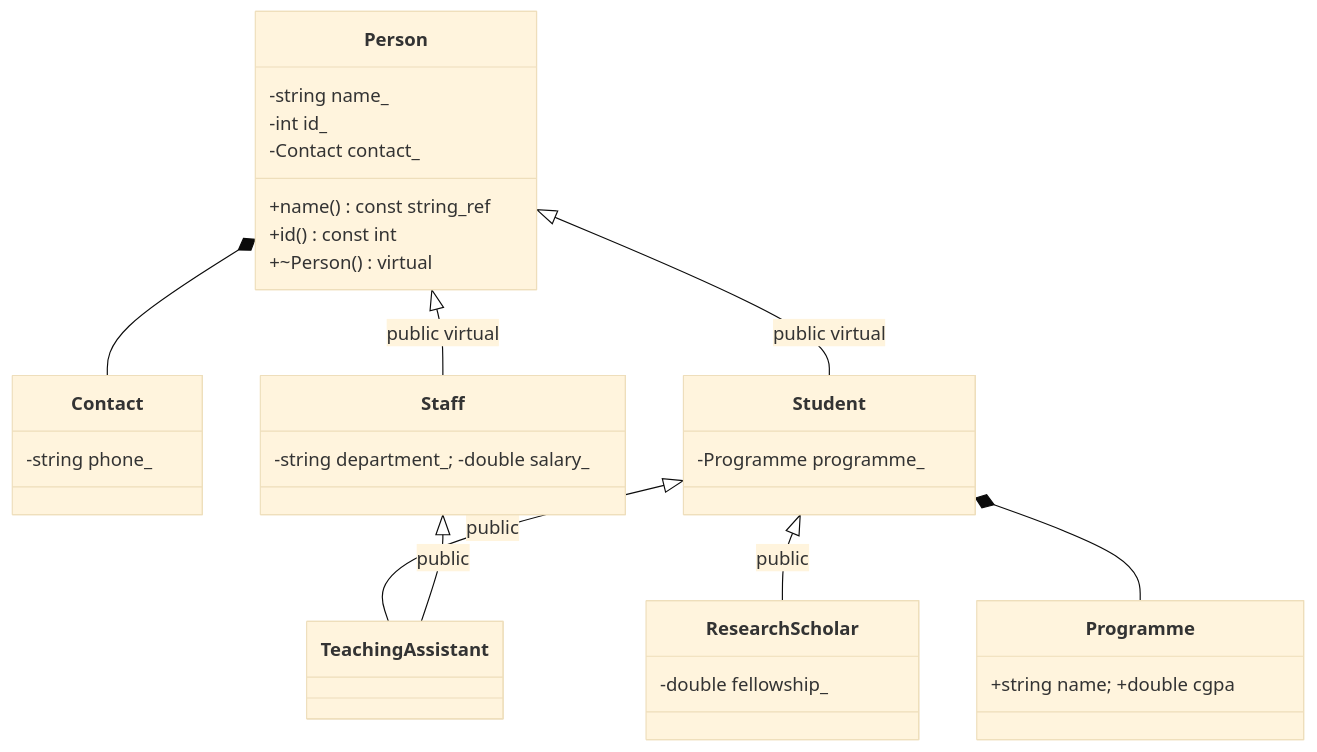
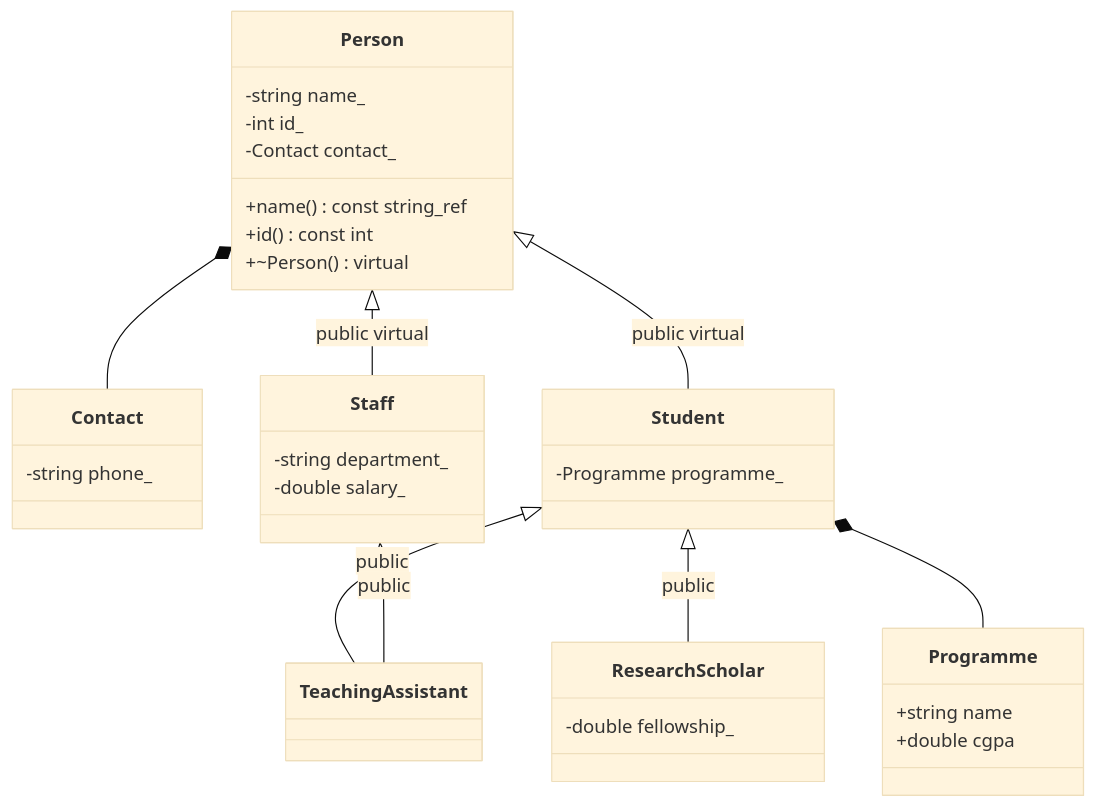
The diagram in Task02/diagrams/hierarchy.md (hosheapaul2006/DSA0110_SLOT-B-192471019-Assignment-4), drawn with Mermaid (base theme) before and after one commit. The commit also changed other lines of this file and 139 other files, not shown here.

Commit message:
Complete genuine Programiz sanitizer and UML evidence without a report

````diff
--- a/Task02/diagrams/hierarchy.md
+++ b/Task02/diagrams/hierarchy.md
@@ -3,24 +3,36 @@
 ```mermaid
 classDiagram
 class Person {
   -string name_
   -int id_
   -Contact contact_
   +name() const string_ref
   +id() const int
   +~Person() virtual
 }
-class Contact { -string phone_ }
-class Programme { +string name; +double cgpa }
-class Student { -Programme programme_ }
-class Staff { -string department_; -double salary_ }
-class ResearchScholar { -double fellowship_ }
+class Contact {
+  -string phone_
+}
+class Programme {
+  +string name
+  +double cgpa
+}
+class Student {
+  -Programme programme_
+}
+class Staff {
+  -string department_
+  -double salary_
+}
+class ResearchScholar {
+  -double fellowship_
+}
 class TeachingAssistant
 Person <|-- Student : public virtual
 Person <|-- Staff : public virtual
 Student <|-- TeachingAssistant : public
 Staff <|-- TeachingAssistant : public
 Student <|-- ResearchScholar : public
 Person *-- Contact
 Student *-- Programme
 ```
````
